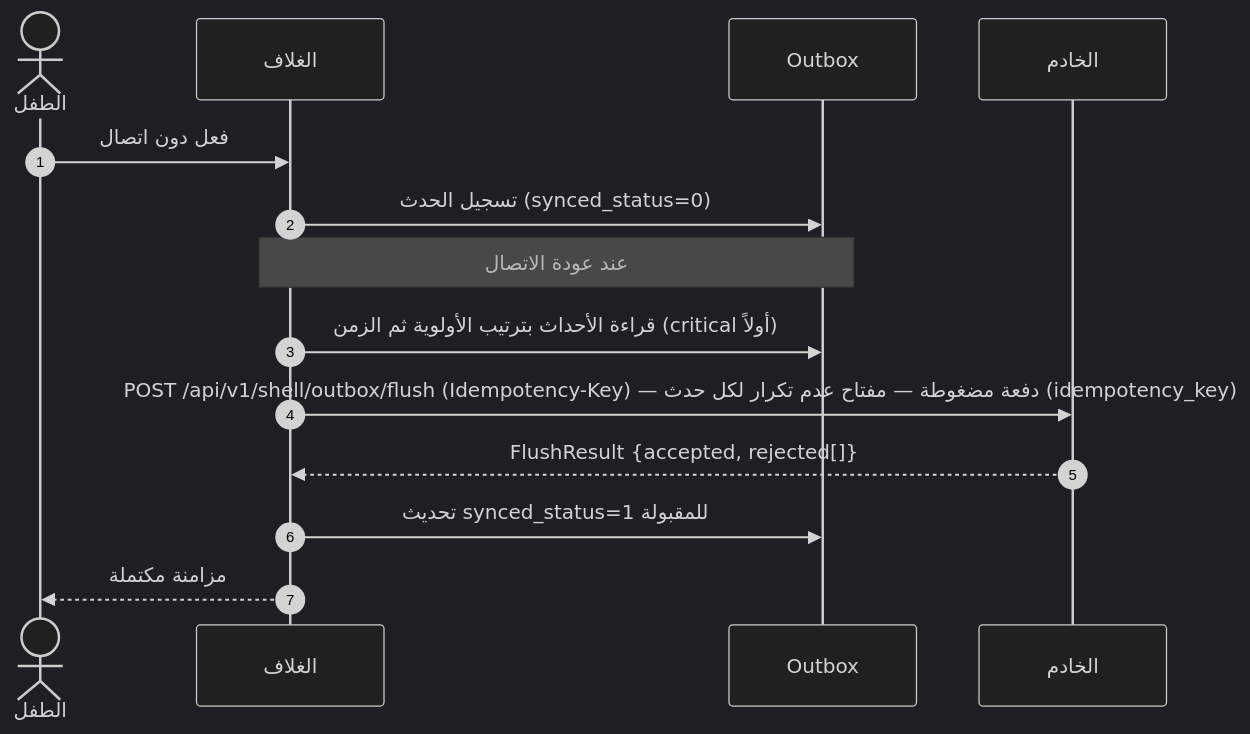
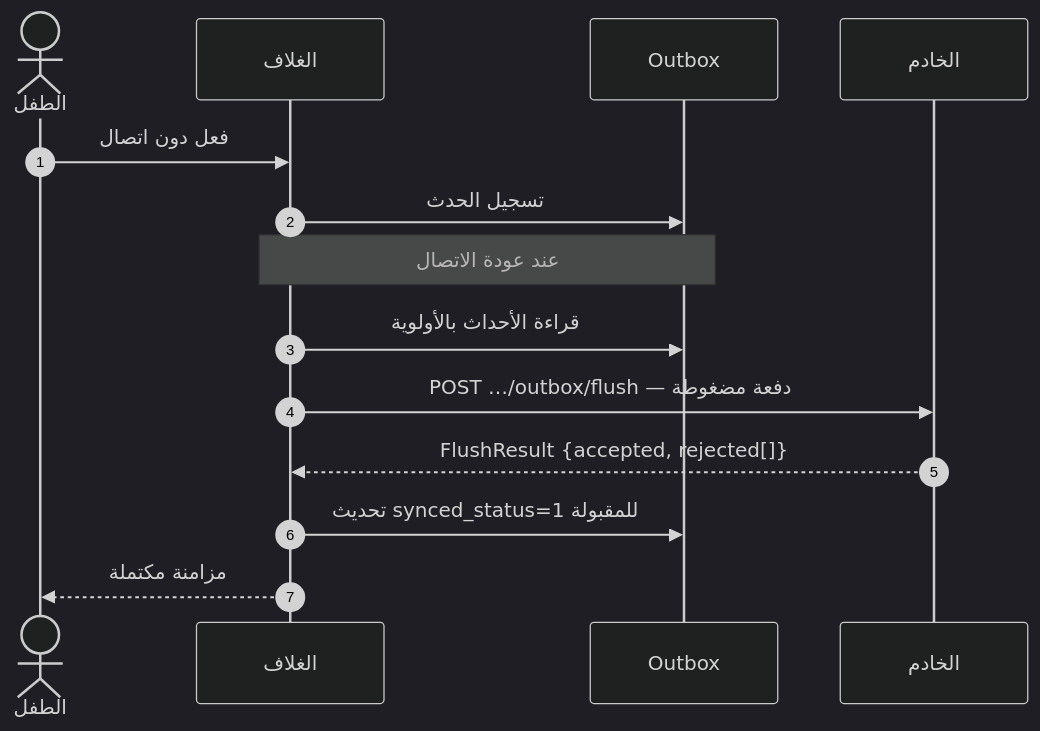
One commit to Bassam-mohammed-alqaeadi/family-os-v2 changed the sixth of 19 diagrams in docs/family-os/governance/phases/phase-1/S1-01-app-shell-and-platform/DIAGRAMS.md. Above: the diagram before and after it, drawn with Mermaid (dark theme). The commit also changed other lines of this file, not shown here.

````diff
--- a/docs/family-os/governance/phases/phase-1/S1-01-app-shell-and-platform/DIAGRAMS.md
+++ b/docs/family-os/governance/phases/phase-1/S1-01-app-shell-and-platform/DIAGRAMS.md
@@ -303,16 +315,16 @@
 ```mermaid
 sequenceDiagram
     autonumber
     actor Child as الطفل
     participant Shell as الغلاف
     participant OB as Outbox
     participant Ktor as الخادم
     Child->>Shell: فعل دون اتصال
-    Shell->>OB: تسجيل الحدث (synced_status=0)
+    Shell->>OB: تسجيل الحدث
     Note over Shell,OB: عند عودة الاتصال
-    Shell->>OB: قراءة الأحداث بترتيب الأولوية ثم الزمن (critical أولاً)
-    Shell->>Ktor: POST /api/v1/shell/outbox/flush (Idempotency-Key) — دفعة مضغوطة — مفتاح عدم تكرار لكل حدث (idempotency_key)
+    Shell->>OB: قراءة الأحداث بالأولوية
+    Shell->>Ktor: POST …/outbox/flush — دفعة مضغوطة
     Ktor-->>Shell: FlushResult {accepted, rejected[]}
     Shell->>OB: تحديث synced_status=1 للمقبولة
     Shell-->>Child: مزامنة مكتملة
 ```
````
